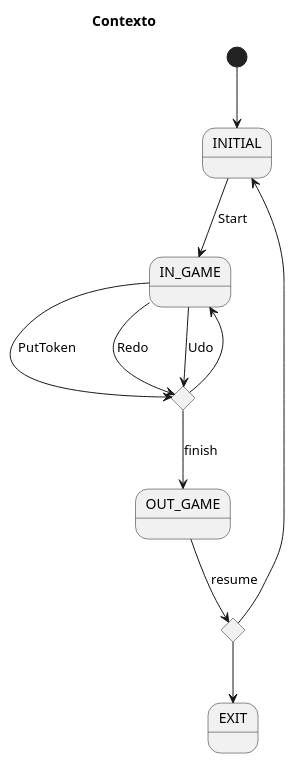
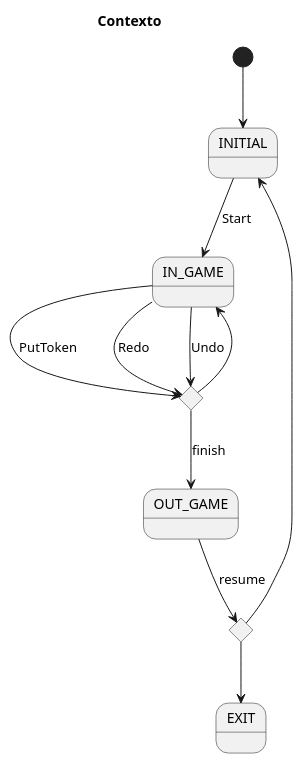
One commit to hugohg34/conecta4 changed the diagram in doc/src/contexto.puml. Above: the diagram before and after it, drawn with PlantUML. The commit also changed 1 other file, not shown here.

```diff
--- a/doc/src/contexto.puml
+++ b/doc/src/contexto.puml
@@ -1,21 +1,21 @@
 @startuml
 title Contexto
 state INITIAL
 state IN_GAME
 state OUT_GAME
 state is_finish <<choice>>
 state is_resume <<choice>>
 
 [*] -down-> INITIAL
 INITIAL --> IN_GAME : Start
 IN_GAME --> is_finish : PutToken
 IN_GAME --> is_finish : Redo
-IN_GAME --> is_finish : Udo
+IN_GAME --> is_finish : Undo
 is_finish --> IN_GAME
 
 is_finish --> OUT_GAME : finish
 OUT_GAME --> is_resume: resume
 is_resume --> INITIAL
 is_resume --> EXIT
 
 @enduml
```
